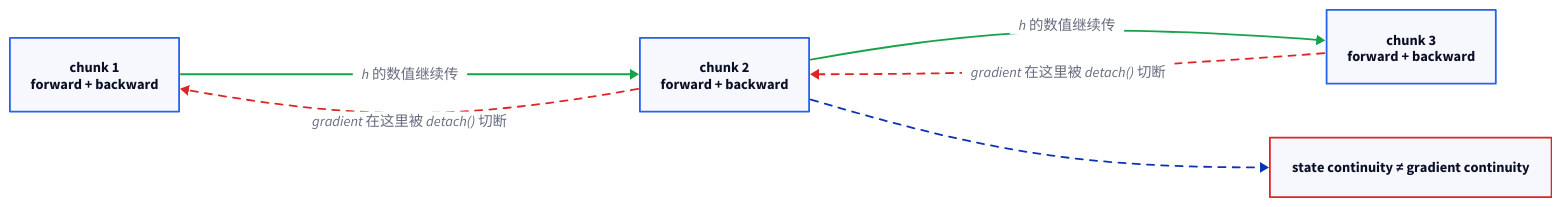
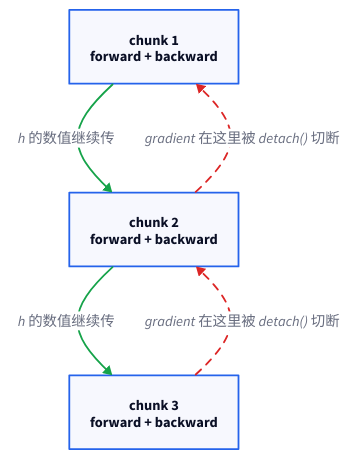
The diagram in images/rnn-bptt/tbptt-detach.d2 (111qqz/111qqz.github.io), drawn with D2 before and after one commit. The commit also changed 23 other files, not shown here.

Commit message:
feat(diagrams): 重构 12 张过宽配图为纵向/分阶段布局，修正 D2 作用域并按需使用 TALA 111qqz/hugo-blog@0072b7b41add818594301a5db81fbe83de0efd16

```diff
--- a/images/rnn-bptt/tbptt-detach.d2
+++ b/images/rnn-bptt/tbptt-detach.d2
@@ -1,33 +1,26 @@
-direction: right
+direction: down
 
 chunk1: "chunk 1\nforward + backward" {
   style.stroke: "#2563eb"
   style.bold: true
 }
 chunk2: "chunk 2\nforward + backward" {
   style.stroke: "#2563eb"
   style.bold: true
 }
 chunk3: "chunk 3\nforward + backward" {
   style.stroke: "#2563eb"
   style.bold: true
 }
 
-note: "state continuity ≠ gradient continuity" {
-  style.stroke: "#dc2626"
-  style.bold: true
-}
-
 chunk1 -> chunk2: "h 的数值继续传" { style.stroke: "#16a34a" }
 chunk2 -> chunk1: "gradient 在这里被 detach() 切断" {
   style.stroke: "#dc2626"
   style.stroke-dash: 4
 }
 
 chunk2 -> chunk3: "h 的数值继续传" { style.stroke: "#16a34a" }
 chunk3 -> chunk2: "gradient 在这里被 detach() 切断" {
   style.stroke: "#dc2626"
   style.stroke-dash: 4
 }
-
-chunk2 -> note { style.stroke-dash: 4 }
```
